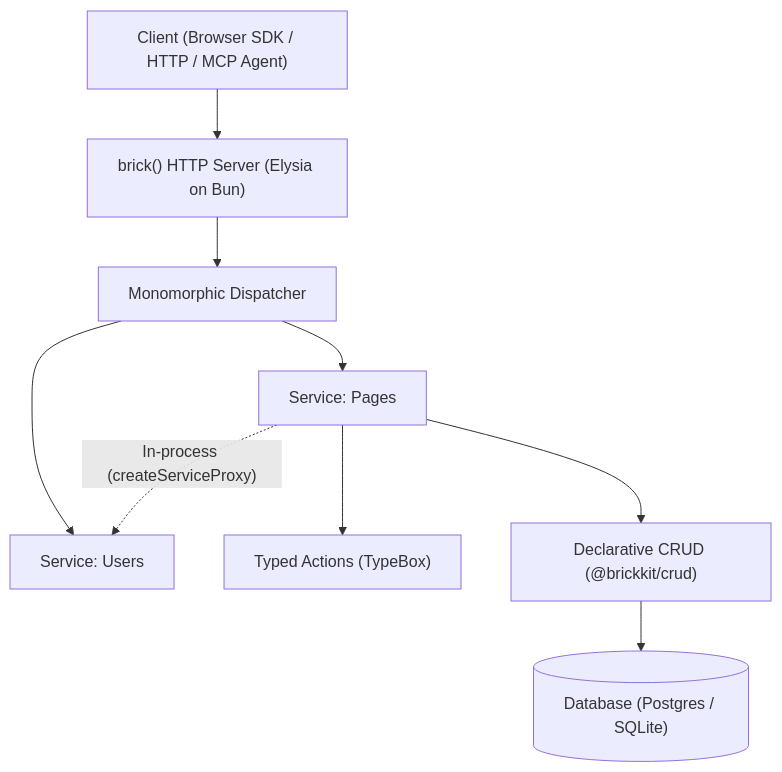
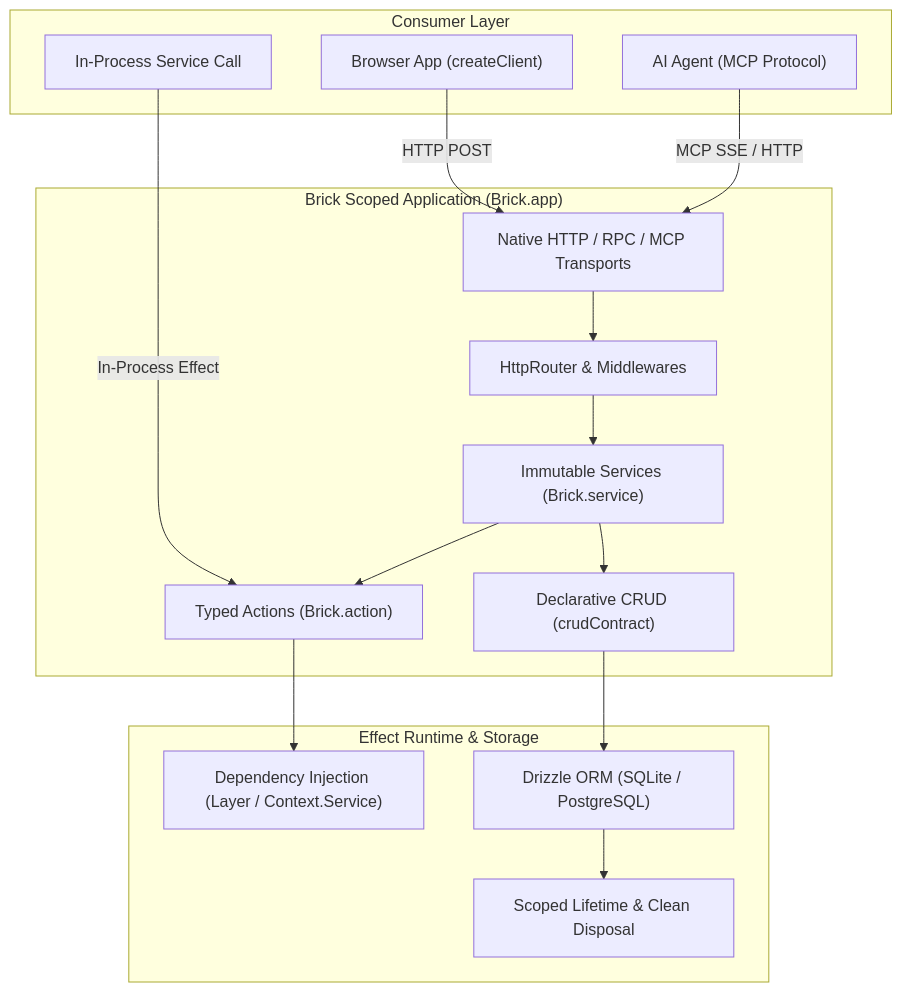
Before and after one commit to Chandraprakash-Darji/brick: the diagram in www/content/docs/(brick)/why-brick.mdx, drawn with Mermaid. The commit also changed other lines of this file and 53 other files, not shown here.

First line of the commit message:
docs: restore full Effect-native docs and migrate brick skill

````diff
--- a/www/content/docs/(brick)/why-brick.mdx
+++ b/www/content/docs/(brick)/why-brick.mdx
@@ -33,11 +14,35 @@
 ```mermaid
 flowchart TD
-    Client["Client (Browser SDK / HTTP / MCP Agent)"] --> Gateway["brick() HTTP Server (Elysia on Bun)"]
-    Gateway --> Dispatch["Monomorphic Dispatcher"]
-    Dispatch --> ServiceA["Service: Pages"]
-    Dispatch --> ServiceB["Service: Users"]
-    ServiceA --> Actions["Typed Actions (TypeBox)"]
-    ServiceA --> CRUD["Declarative CRUD (@brickkit/crud)"]
-    CRUD --> DB[("Database (Postgres / SQLite)")]
-    ServiceA -. "In-process (createServiceProxy)" .-> ServiceB
+    subgraph Client["Consumer Layer"]
+        Browser["Browser App (createClient)"]
+        Agent["AI Agent (MCP Protocol)"]
+        Internal["In-Process Service Call"]
+    end
+
+    subgraph App["Brick Scoped Application (Brick.app)"]
+        Gateway["Native HTTP / RPC / MCP Transports"]
+        Router["HttpRouter & Middlewares"]
+        Services["Immutable Services (Brick.service)"]
+        Actions["Typed Actions (Brick.action)"]
+        CRUD["Declarative CRUD (crudContract)"]
+    end
+
+    subgraph Infra["Effect Runtime & Storage"]
+        Layers["Dependency Injection (Layer / Context.Service)"]
+        Drizzle["Drizzle ORM (SQLite / PostgreSQL)"]
+        Scope["Scoped Lifetime & Clean Disposal"]
+    end
+
+    Browser -->|HTTP POST| Gateway
+    Agent -->|MCP SSE / HTTP| Gateway
+    Internal -->|In-Process Effect| Actions
+
+    Gateway --> Router
+    Router --> Services
+    Services --> Actions
+    Services --> CRUD
+
+    Actions --> Layers
+    CRUD --> Drizzle
+    Drizzle --> Scope
 ```
````
